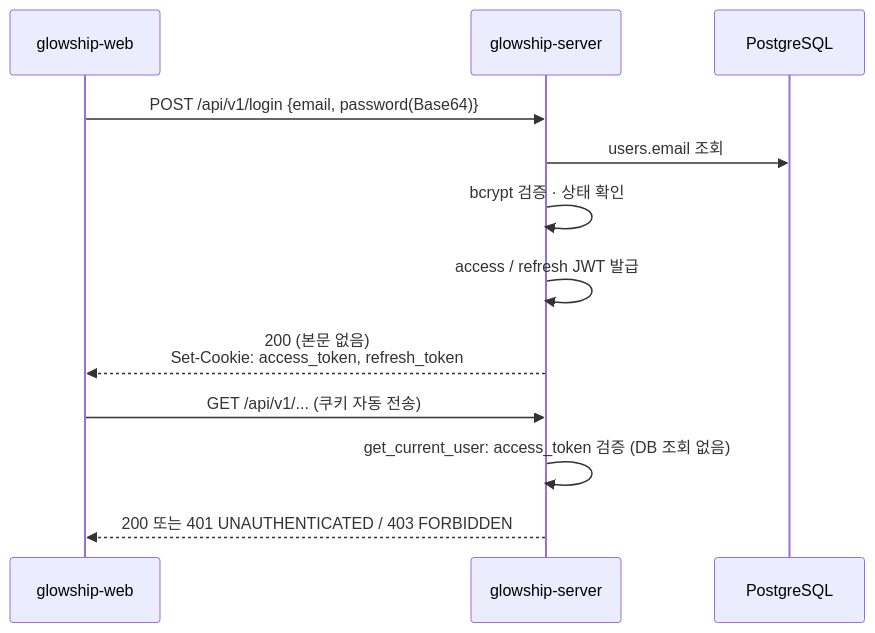
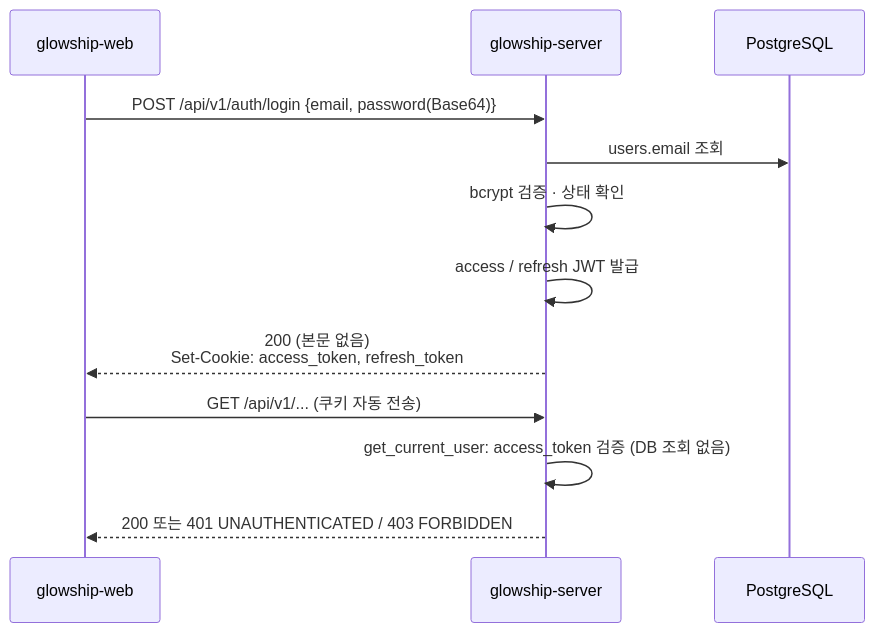
One commit to K-GlowShip/glowship-server changed the diagram in docs/auth/login.md. Above: the diagram before and after it, drawn with Mermaid. The commit also changed other lines of this file, not shown here.

First line of the commit message:
docs(auth): login.md 의 로그인·회원가입 경로를 /api/v1/auth 하위로 갱신

````diff
--- a/docs/auth/login.md
+++ b/docs/auth/login.md
@@ -8,16 +8,16 @@
 ```mermaid
 sequenceDiagram
     participant W as glowship-web
     participant S as glowship-server
     participant DB as PostgreSQL
 
-    W->>S: POST /api/v1/login {email, password(Base64)}
+    W->>S: POST /api/v1/auth/login {email, password(Base64)}
     S->>DB: users.email 조회
     S->>S: bcrypt 검증 · 상태 확인
     S->>S: access / refresh JWT 발급
     S-->>W: 200 (본문 없음)<br/>Set-Cookie: access_token, refresh_token
 
     W->>S: GET /api/v1/... (쿠키 자동 전송)
     S->>S: get_current_user: access_token 검증 (DB 조회 없음)
     S-->>W: 200 또는 401 UNAUTHENTICATED / 403 FORBIDDEN
 ```
````
